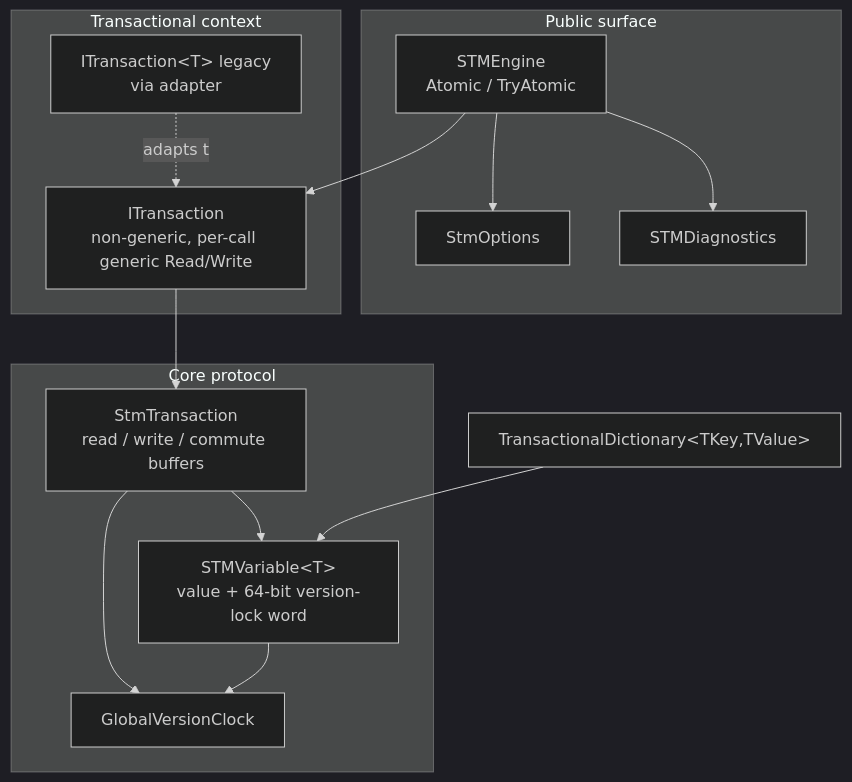
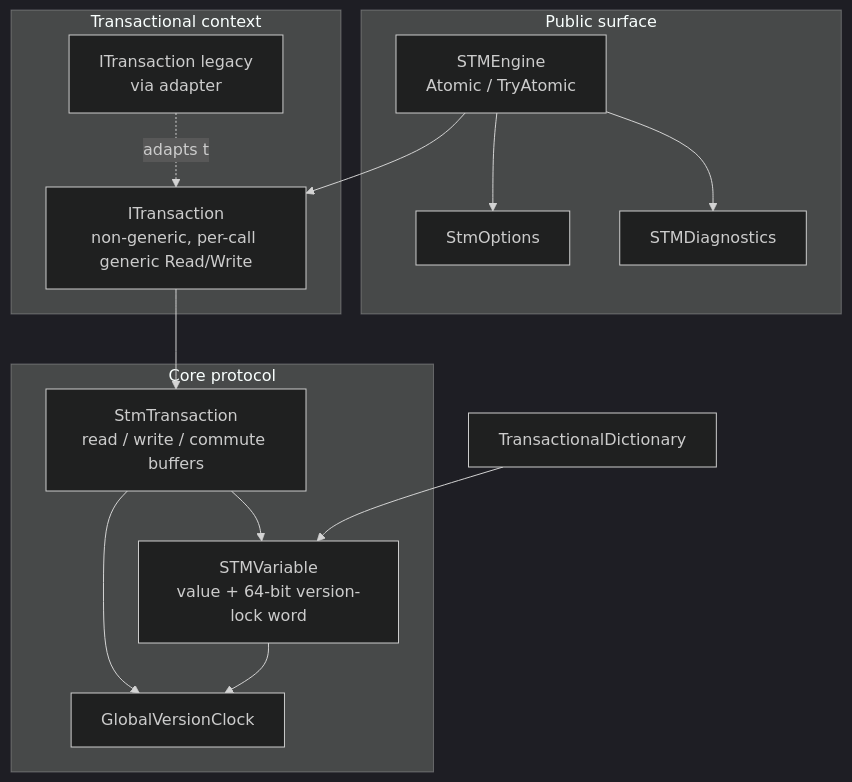
Before and after one commit to engineering87/engineering87.github.io: the first of 3 diagrams in _posts/2026-06-03-stm-dotnet.md, drawn with Mermaid (dark theme). The commit also changed other lines of this file, not shown here.

````diff
--- a/_posts/2026-06-03-stm-dotnet.md
+++ b/_posts/2026-06-03-stm-dotnet.md
@@ -62,27 +62,27 @@
-```mermaid
+<pre class="mermaid">
 flowchart TB
     subgraph Public["Public surface"]
         E[STMEngine<br/>Atomic / TryAtomic]
         O[StmOptions]
         D[STMDiagnostics]
     end
     subgraph Context["Transactional context"]
         I[ITransaction<br/>non-generic, per-call generic Read/Write]
         L[ITransaction&lt;T&gt; legacy<br/>via adapter]
     end
     subgraph Core["Core protocol"]
         S[StmTransaction<br/>read / write / commute buffers]
         VAR[STMVariable&lt;T&gt;<br/>value + 64-bit version-lock word]
         CLK[GlobalVersionClock]
     end
     DICT[TransactionalDictionary&lt;TKey,TValue&gt;]
     E --> I
     L -.adapts to.-> I
     E --> O
     I --> S
     S --> VAR
     S --> CLK
     VAR --> CLK
     DICT --> VAR
     E --> D
-```
+</pre>
````
